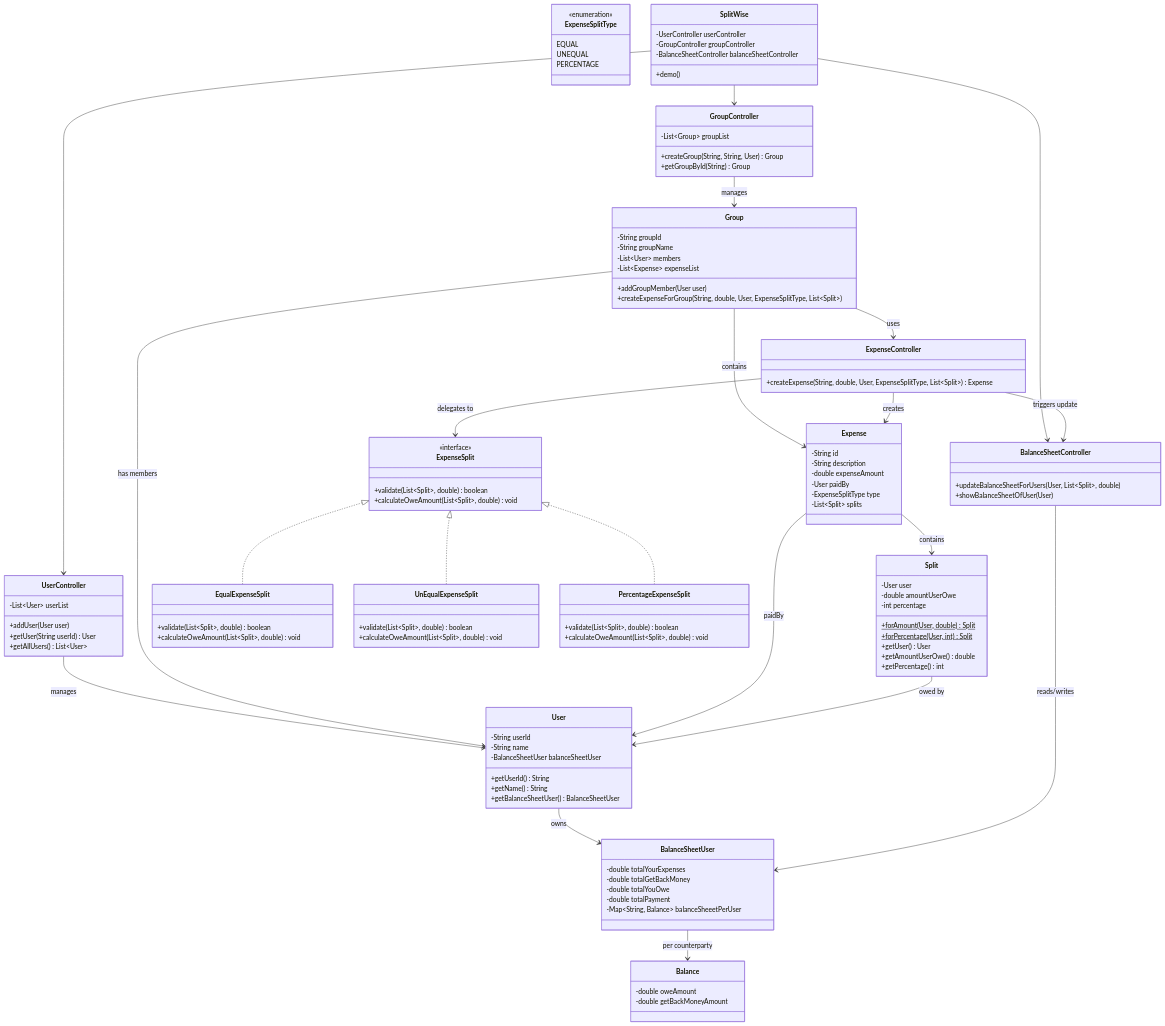
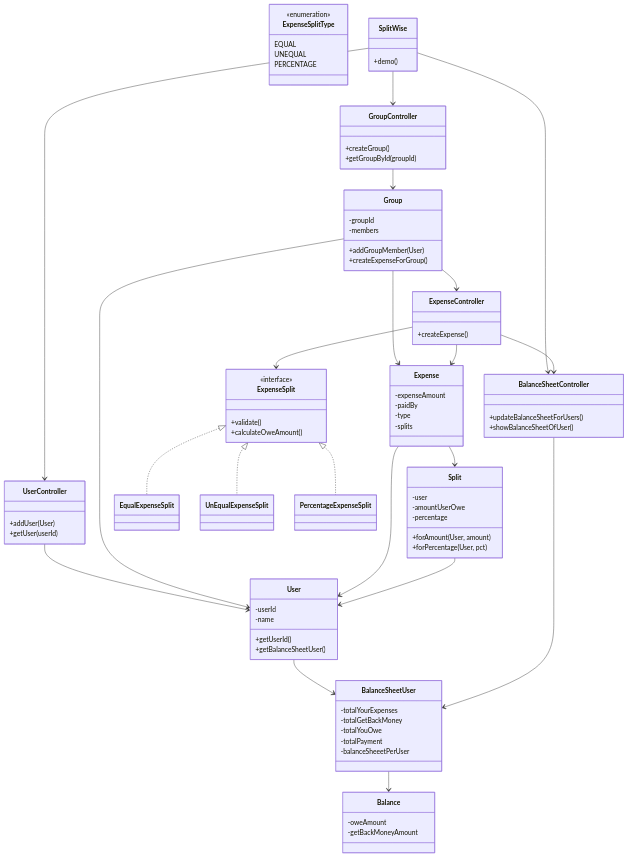
The diagram in src/main/java/splitwise/readme.md (deepalisrivastva12/low-level-designs), drawn with Mermaid before and after one commit. The commit also changed other lines of this file, not shown here.

Commit message:
Updating UML Diagram

````diff
--- a/src/main/java/splitwise/readme.md
+++ b/src/main/java/splitwise/readme.md
@@ -81,58 +81,46 @@
 ```mermaid
 classDiagram
     class User {
-        -String userId
-        -String name
-        -BalanceSheetUser balanceSheetUser
-        +getUserId() String
-        +getName() String
-        +getBalanceSheetUser() BalanceSheetUser
+        -userId
+        -name
+        +getUserId()
+        +getBalanceSheetUser()
     }
 
     class UserController {
-        -List~User~ userList
-        +addUser(User user)
-        +getUser(String userId) User
-        +getAllUsers() List~User~
+        +addUser(User)
+        +getUser(userId)
     }
 
     class Group {
-        -String groupId
-        -String groupName
-        -List~User~ members
-        -List~Expense~ expenseList
-        +addGroupMember(User user)
-        +createExpenseForGroup(String, double, User, ExpenseSplitType, List~Split~)
+        -groupId
+        -members
+        +addGroupMember(User)
+        +createExpenseForGroup()
     }
 
     class GroupController {
-        -List~Group~ groupList
-        +createGroup(String, String, User) Group
-        +getGroupById(String) Group
+        +createGroup()
+        +getGroupById(groupId)
     }
 
     class Expense {
-        -String id
-        -String description
-        -double expenseAmount
-        -User paidBy
-        -ExpenseSplitType type
-        -List~Split~ splits
+        -expenseAmount
+        -paidBy
+        -type
+        -splits
     }
 
     class ExpenseController {
-        +createExpense(String, double, User, ExpenseSplitType, List~Split~) Expense
+        +createExpense()
     }
 
     class Split {
-        -User user
-        -double amountUserOwe
-        -int percentage
-        +forAmount(User, double)$ Split
-        +forPercentage(User, int)$ Split
-        +getUser() User
-        +getAmountUserOwe() double
-        +getPercentage() int
+        -user
+        -amountUserOwe
+        -percentage
+        +forAmount(User, amount)
+        +forPercentage(User, pct)
     }
 
     class ExpenseSplitType {
@@ -144,47 +132,33 @@
 
     class ExpenseSplit {
         <<interface>>
-        +validate(List~Split~, double) boolean
-        +calculateOweAmount(List~Split~, double) void
+        +validate()
+        +calculateOweAmount()
     }
 
-    class EqualExpenseSplit {
-        +validate(List~Split~, double) boolean
-        +calculateOweAmount(List~Split~, double) void
-    }
-
-    class UnEqualExpenseSplit {
-        +validate(List~Split~, double) boolean
-        +calculateOweAmount(List~Split~, double) void
-    }
-
-    class PercentageExpenseSplit {
-        +validate(List~Split~, double) boolean
-        +calculateOweAmount(List~Split~, double) void
-    }
+    class EqualExpenseSplit
+    class UnEqualExpenseSplit
+    class PercentageExpenseSplit
 
     class BalanceSheetUser {
-        -double totalYourExpenses
-        -double totalGetBackMoney
-        -double totalYouOwe
-        -double totalPayment
-        -Map~String, Balance~ balanceSheeetPerUser
+        -totalYourExpenses
+        -totalGetBackMoney
+        -totalYouOwe
+        -totalPayment
+        -balanceSheeetPerUser
     }
 
     class Balance {
-        -double oweAmount
-        -double getBackMoneyAmount
+        -oweAmount
+        -getBackMoneyAmount
     }
 
     class BalanceSheetController {
-        +updateBalanceSheetForUsers(User, List~Split~, double)
-        +showBalanceSheetOfUser(User)
+        +updateBalanceSheetForUsers()
+        +showBalanceSheetOfUser()
     }
 
     class SplitWise {
-        -UserController userController
-        -GroupController groupController
-        -BalanceSheetController balanceSheetController
         +demo()
     }
 
@@ -196,23 +170,22 @@
     SplitWise --> GroupController
     SplitWise --> BalanceSheetController
 
-    GroupController --> Group : manages
-    UserController --> User : manages
+    GroupController --> Group
+    UserController --> User
 
-    Group --> ExpenseController : uses
-    Group --> User : has members
-    Group --> Expense : contains
+    Group --> ExpenseController
+    Group --> User
+    Group --> Expense
 
-    ExpenseController --> ExpenseSplit : delegates to
-    ExpenseController --> Expense : creates
-    ExpenseController --> BalanceSheetController : triggers update
+    ExpenseController --> ExpenseSplit
+    ExpenseController --> Expense
+    ExpenseController --> BalanceSheetController
 
-    Expense --> Split : contains
-    Expense --> User : paidBy
-    Split --> User : owed by
+    Expense --> Split
+    Expense --> User
+    Split --> User
 
-    User --> BalanceSheetUser : owns
-    BalanceSheetUser --> Balance : per counterparty
-
-    BalanceSheetController --> BalanceSheetUser : reads/writes
+    User --> BalanceSheetUser
+    BalanceSheetUser --> Balance
+    BalanceSheetController --> BalanceSheetUser
 ```
````
